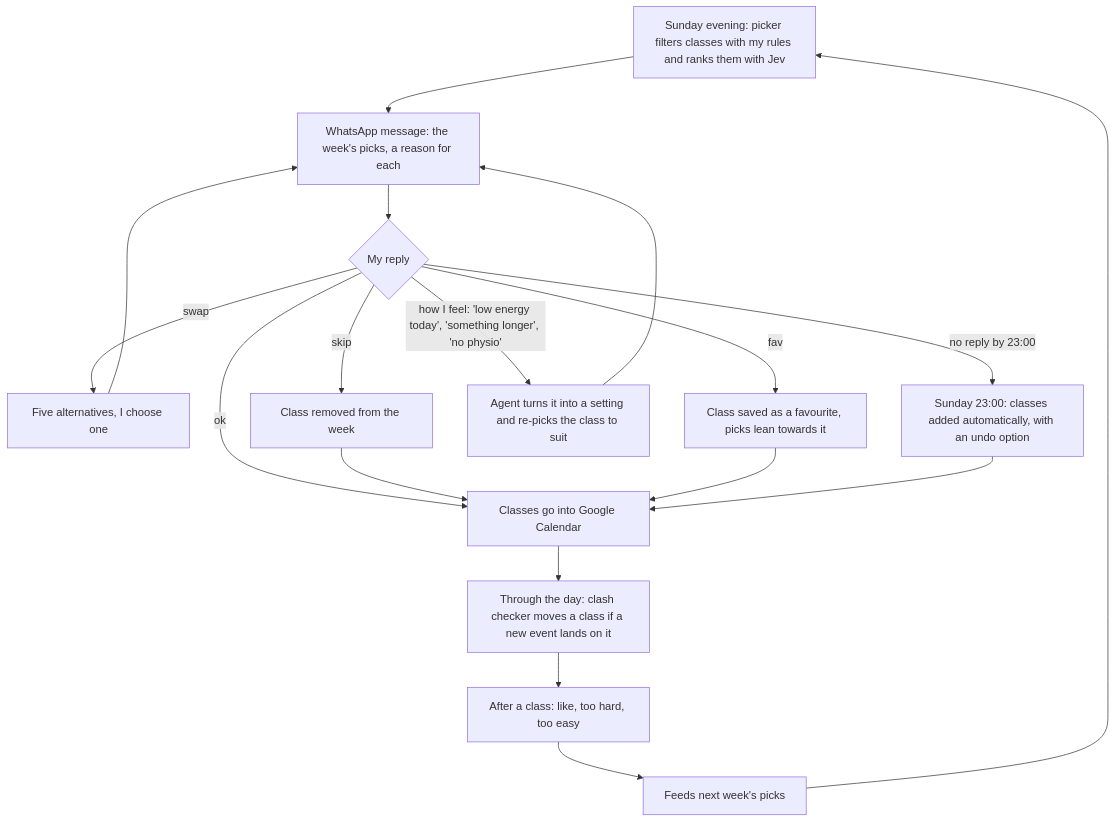
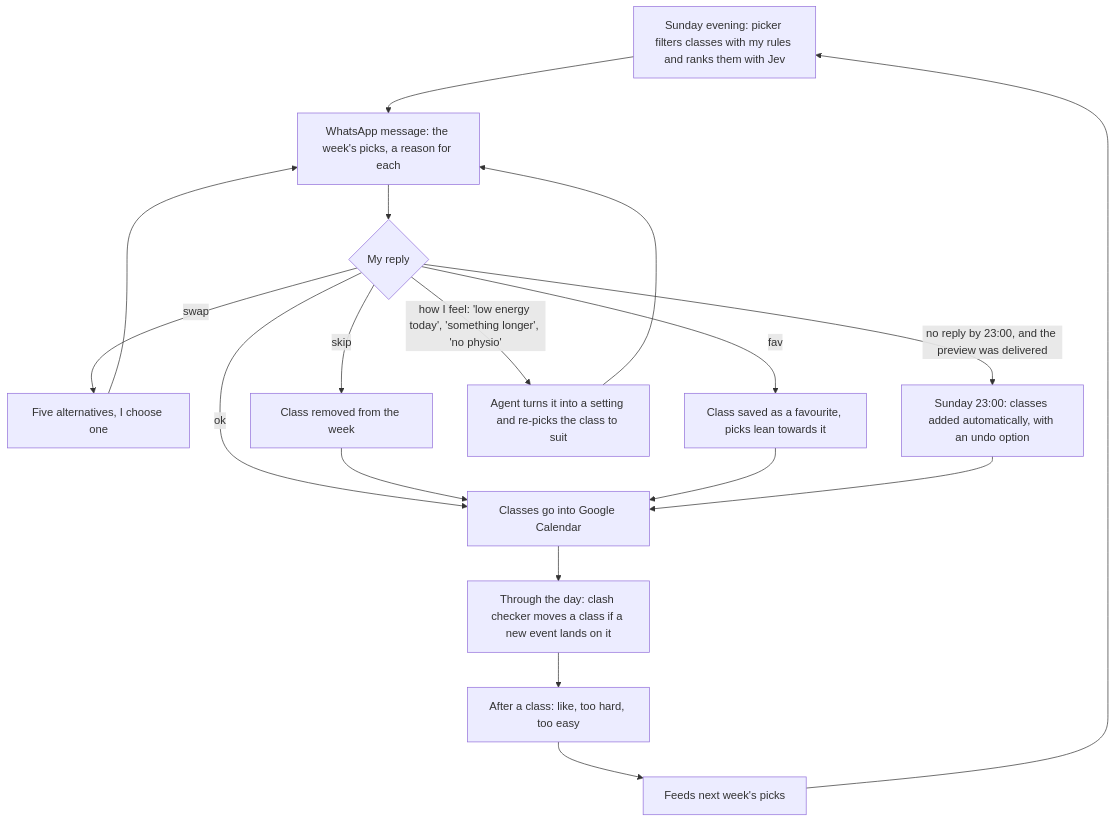
One commit to HoopieUX/weekly-fitness-class-picker changed the second of 2 diagrams in README.md. Above: the diagram before and after it, drawn with Mermaid. The commit also changed other lines of this file and 9 other files, not shown here.

First line of the commit message:
feat: auto-add only when the preview was delivered

````diff
--- a/README.md
+++ b/README.md
@@ -34,16 +34,16 @@
 ```mermaid
 flowchart TD
     A["Sunday evening: picker filters classes with my rules and ranks them with Jev"] --> B["WhatsApp message: the week's picks, a reason for each"]
     B --> R{"My reply"}
     R -->|ok| CAL["Classes go into Google Calendar"]
     R -->|swap| SW["Five alternatives, I choose one"] --> B
     R -->|skip| SK["Class removed from the week"] --> CAL
     R -->|fav| FV["Class saved as a favourite, picks lean towards it"] --> CAL
     R -->|"how I feel: 'low energy today', 'something longer', 'no physio'"| F["Agent turns it into a setting and re-picks the class to suit"] --> B
-    R -->|"no reply by 23:00"| M["Sunday 23:00: classes added automatically, with an undo option"]
+    R -->|"no reply by 23:00, and the preview was delivered"| M["Sunday 23:00: classes added automatically, with an undo option"]
     M --> CAL
     CAL --> K["Through the day: clash checker moves a class if a new event lands on it"]
     K --> FB["After a class: like, too hard, too easy"]
     FB --> N["Feeds next week's picks"]
     N --> A
 ```
````
